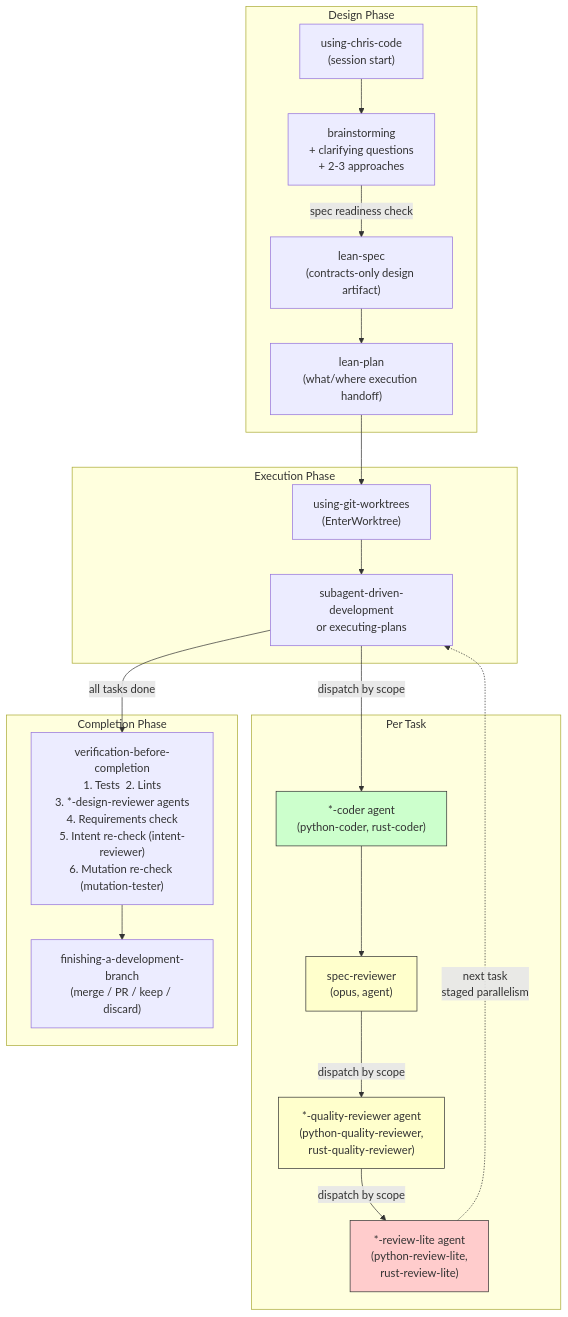
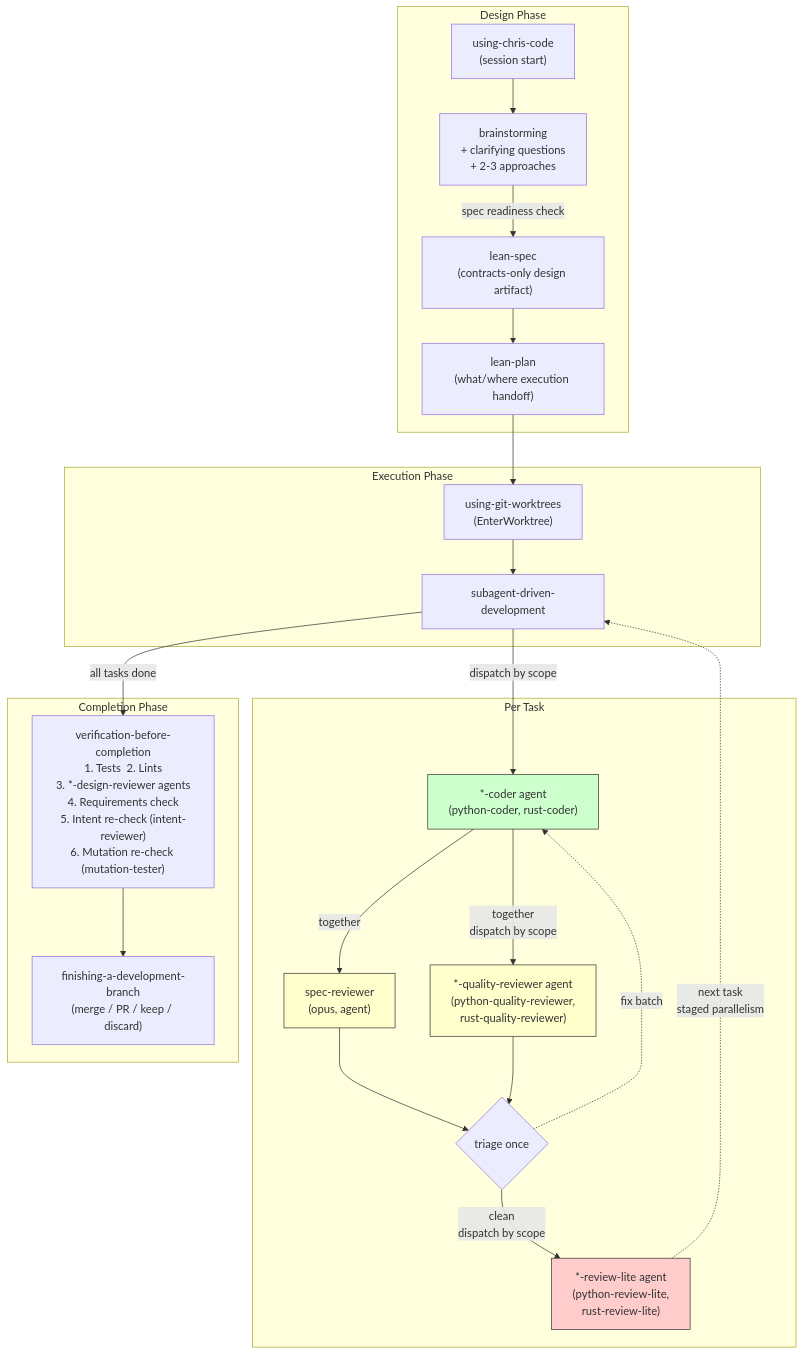
One commit to chris-santiago/claude-plugins changed the first of 2 diagrams in chris-code/README.md. Above: the diagram before and after it, drawn with Mermaid. The commit also changed other lines of this file and 24 other files, not shown here.

````diff
--- a/chris-code/README.md
+++ b/chris-code/README.md
@@ -151,43 +152,47 @@
 ```mermaid
 flowchart TB
     subgraph Design Phase
         using["using-chris-code<br/>(session start)"]
         brainstorm["brainstorming<br/>+ clarifying questions<br/>+ 2-3 approaches"]
         spec["lean-spec<br/>(contracts-only design artifact)"]
         plan["lean-plan<br/>(what/where execution handoff)"]
     end
 
     subgraph Execution Phase
         worktree["using-git-worktrees<br/>(EnterWorktree)"]
-        execute["subagent-driven-development<br/>or executing-plans"]
+        execute["subagent-driven-development"]
     end
 
     subgraph Per Task
         coder["*-coder agent<br/>(python-coder, rust-coder)"]:::agent
         spec_review["spec-reviewer<br/>(opus, agent)"]:::reviewer
         quality["*-quality-reviewer agent<br/>(python-quality-reviewer,<br/>rust-quality-reviewer)"]:::reviewer
+        triage{"triage once"}
         commit_gate["*-review-lite agent<br/>(python-review-lite,<br/>rust-review-lite)"]:::gate
     end
 
     subgraph Completion Phase
         verify["verification-before-completion<br/>1. Tests  2. Lints<br/>3. *-design-reviewer agents<br/>4. Requirements check<br/>5. Intent re-check (intent-reviewer)<br/>6. Mutation re-check (mutation-tester)"]
         finish["finishing-a-development-branch<br/>(merge / PR / keep / discard)"]
     end
 
     using --> brainstorm
     brainstorm -->|spec readiness check| spec
     spec --> plan
     plan --> worktree
     worktree --> execute
     execute -->|dispatch by scope| coder
-    coder --> spec_review
-    spec_review -->|dispatch by scope| quality
-    quality -->|dispatch by scope| commit_gate
+    coder -->|together| spec_review
+    coder -->|together<br/>dispatch by scope| quality
+    spec_review --> triage
+    quality --> triage
+    triage -.->|fix batch| coder
+    triage -->|clean<br/>dispatch by scope| commit_gate
     commit_gate -.->|next task<br/>staged parallelism| execute
     execute -->|all tasks done| verify
     verify --> finish
 
     classDef agent fill:#ccffcc,stroke:#333
     classDef reviewer fill:#ffffcc,stroke:#333
     classDef gate fill:#ffcccc,stroke:#333
 ```
````
